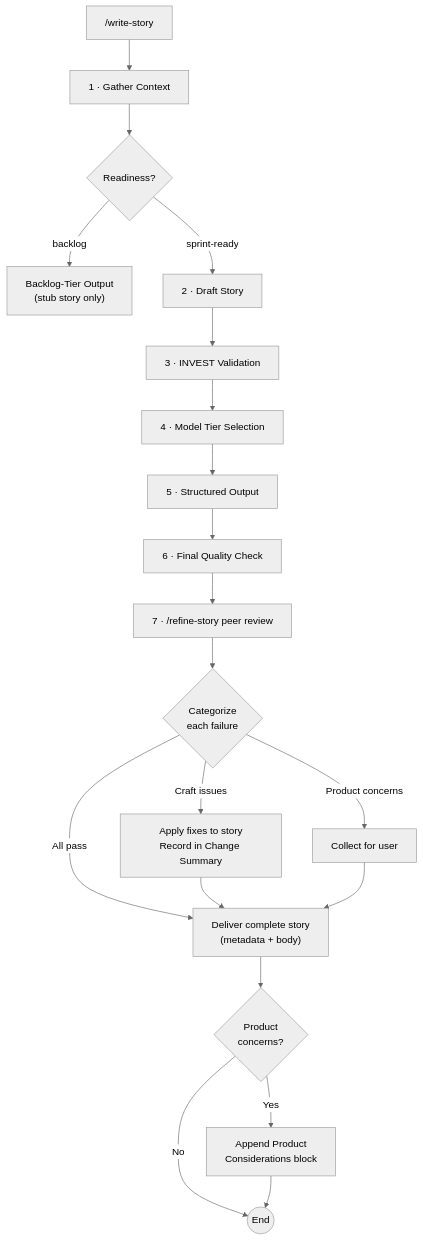
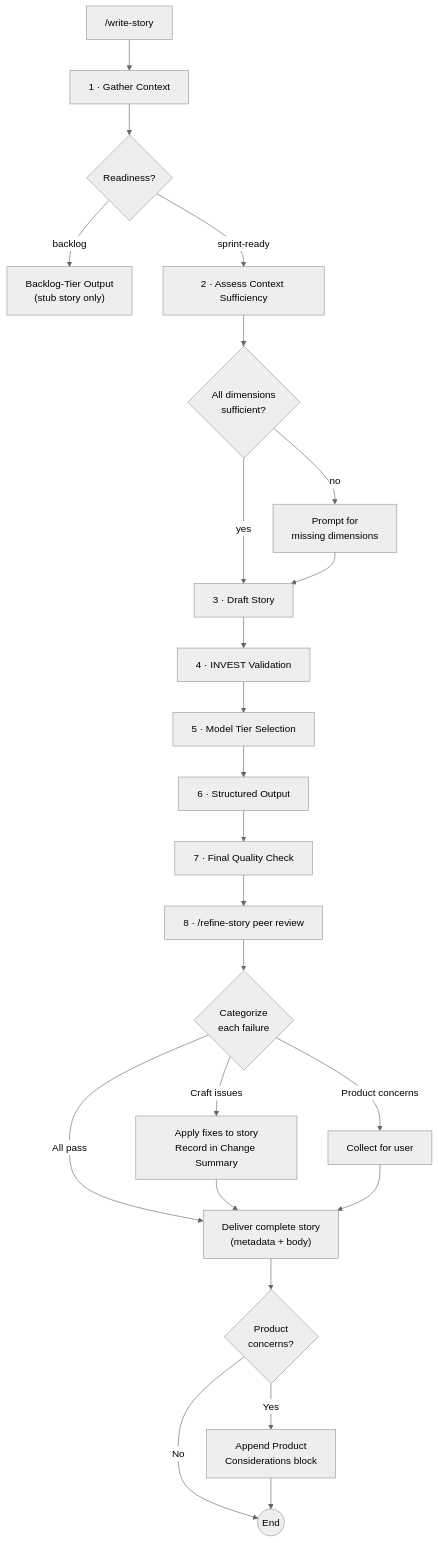
Before and after one commit to cpliakas/claude-code-digital-coworkers: the first of 2 diagrams in plugins/product-ops/README.md, drawn with Mermaid (neutral theme). The commit also changed other lines of this file and 1 other file, not shown here.

Commit message:
feat: add context sufficiency check to write-story skill
Insert Step 2 "Assess Context Sufficiency" that evaluates four
dimensions (persona, observable behavior, benefit/motivation, scope
boundaries) and prompts for underspecified dimensions before drafting.
Renumber subsequent steps 3-8 and update all cross-references. Update
the Mermaid diagram in the product-ops README to reflect the new flow.

Closes #25

````diff
--- a/plugins/product-ops/README.md
+++ b/plugins/product-ops/README.md
@@ -116,23 +116,27 @@
 ```mermaid
 flowchart TD
     A["/write-story"] --> S1["1 · Gather Context"]
     S1 --> Gate{"Readiness?"}
     Gate -- "backlog" --> BT["Backlog-Tier Output<br/>(stub story only)"]
-    Gate -- "sprint-ready" --> S2["2 · Draft Story"]
-    S2 --> S3["3 · INVEST Validation"]
-    S3 --> S4["4 · Model Tier Selection"]
-    S4 --> S5["5 · Structured Output"]
-    S5 --> S6["6 · Final Quality Check"]
-    S6 --> S7["7 · /refine-story peer review"]
-    S7 --> Cat{"Categorize<br/>each failure"}
+    Gate -- "sprint-ready" --> S2["2 · Assess Context Sufficiency"]
+    S2 --> Suf{"All dimensions<br/>sufficient?"}
+    Suf -- "yes" --> S3
+    Suf -- "no" --> Prompt["Prompt for<br/>missing dimensions"]
+    Prompt --> S3
+    S3["3 · Draft Story"] --> S4["4 · INVEST Validation"]
+    S4 --> S5["5 · Model Tier Selection"]
+    S5 --> S6["6 · Structured Output"]
+    S6 --> S7["7 · Final Quality Check"]
+    S7 --> S8["8 · /refine-story peer review"]
+    S8 --> Cat{"Categorize<br/>each failure"}
     Cat -- "Craft issues" --> Fix["Apply fixes to story<br/>Record in Change Summary"]
     Cat -- "Product concerns" --> Collect["Collect for user"]
     Cat -- "All pass" --> Deliver
     Fix --> Deliver
     Collect --> Deliver
     Deliver["Deliver complete story<br/>(metadata + body)"]
     Deliver --> PC{"Product<br/>concerns?"}
     PC -- "Yes" --> Append["Append Product<br/>Considerations block"]
     PC -- "No" --> Done(("End"))
     Append --> Done
 ```
````
